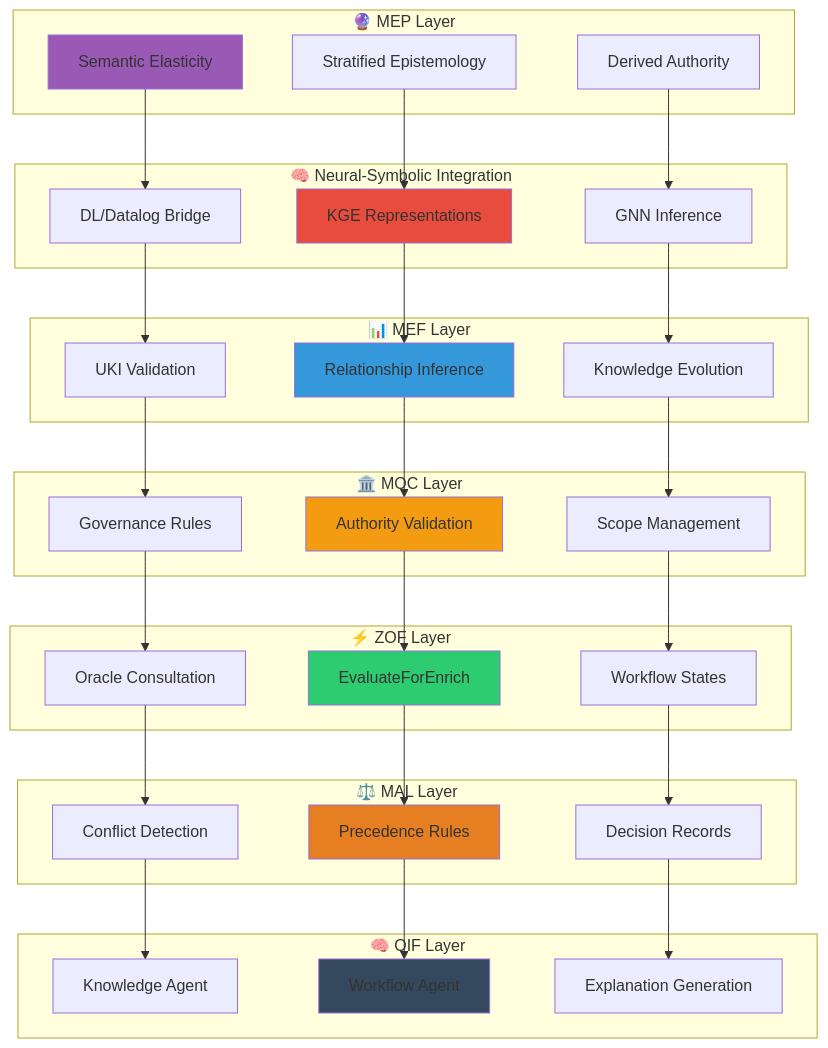
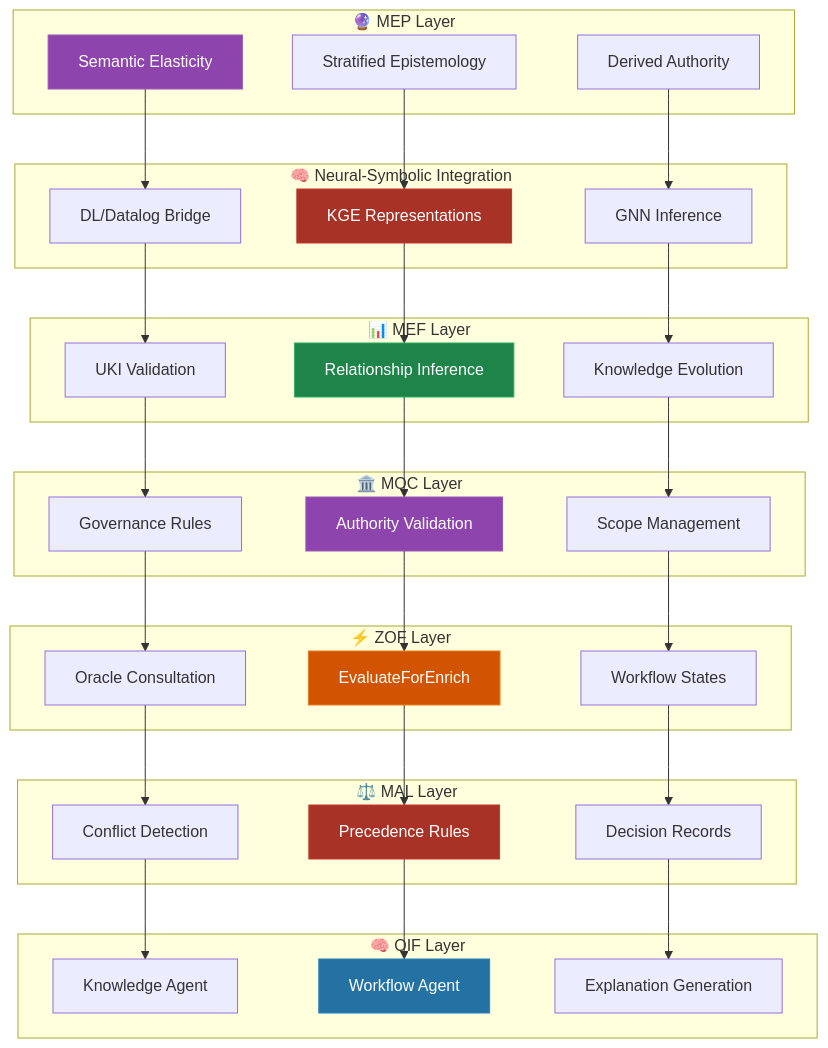
The fourth of 4 diagrams in content/en/docs/frameworks/inference-reasoning.md (casheiro/matrix-protocol), drawn with Mermaid before and after one commit. The commit also changed other lines of this file and 36 other files, not shown here.

````diff
--- a/content/en/docs/frameworks/inference-reasoning.md
+++ b/content/en/docs/frameworks/inference-reasoning.md
@@ -508,76 +511,77 @@
 ```mermaid
 graph TB
     subgraph "🔮 MEP Layer"
         MEP1[Semantic Elasticity]
         MEP2[Stratified Epistemology]
         MEP3[Derived Authority]
     end
     
     subgraph "🧠 Neural-Symbolic Integration"
         NS1[DL/Datalog Bridge]
         NS2[KGE Representations]
         NS3[GNN Inference]
     end
     
     subgraph "📊 MEF Layer"
         MEF1[UKI Validation]
         MEF2[Relationship Inference]
         MEF3[Knowledge Evolution]
     end
     
     subgraph "🏛️ MOC Layer"
         MOC1[Governance Rules]
         MOC2[Authority Validation]
         MOC3[Scope Management]
     end
     
     subgraph "⚡ ZOF Layer"
         ZOF1[Oracle Consultation]
         ZOF2[EvaluateForEnrich]
         ZOF3[Workflow States]
     end
     
     subgraph "⚖️ MAL Layer"
         MAL1[Conflict Detection]
         MAL2[Precedence Rules]
         MAL3[Decision Records]
     end
     
     subgraph "🧠 OIF Layer"
         OIF1[Knowledge Agent]
         OIF2[Workflow Agent]
         OIF3[Explanation Generation]
     end
     
     MEP1 --> NS1
     MEP2 --> NS2
     MEP3 --> NS3
     
     NS1 --> MEF1
     NS2 --> MEF2
     NS3 --> MEF3
     
     MEF1 --> MOC1
     MEF2 --> MOC2
     MEF3 --> MOC3
     
     MOC1 --> ZOF1
     MOC2 --> ZOF2
     MOC3 --> ZOF3
     
     ZOF1 --> MAL1
     ZOF2 --> MAL2
     ZOF3 --> MAL3
     
     MAL1 --> OIF1
     MAL2 --> OIF2
     MAL3 --> OIF3
     
-    style MEP1 fill:#9b59b6
-    style NS2 fill:#e74c3c
-    style MEF2 fill:#3498db
-    style MOC2 fill:#f39c12
-    style ZOF2 fill:#2ecc71
-    style MAL2 fill:#e67e22
-    style OIF2 fill:#34495e
+    %% Matrix Protocol Complete System - Framework integration
+    style MEP1 fill:#8E44AD,stroke:#9B59B6,color:#fff
+    style NS2 fill:#A93226,stroke:#C0392B,color:#fff
+    style MEF2 fill:#1E8449,stroke:#27AE60,color:#fff
+    style MOC2 fill:#8E44AD,stroke:#9B59B6,color:#fff
+    style ZOF2 fill:#D35400,stroke:#E67E22,color:#fff
+    style MAL2 fill:#A93226,stroke:#C0392B,color:#fff
+    style OIF2 fill:#2471A3,stroke:#2980B9,color:#fff
 ```
````
